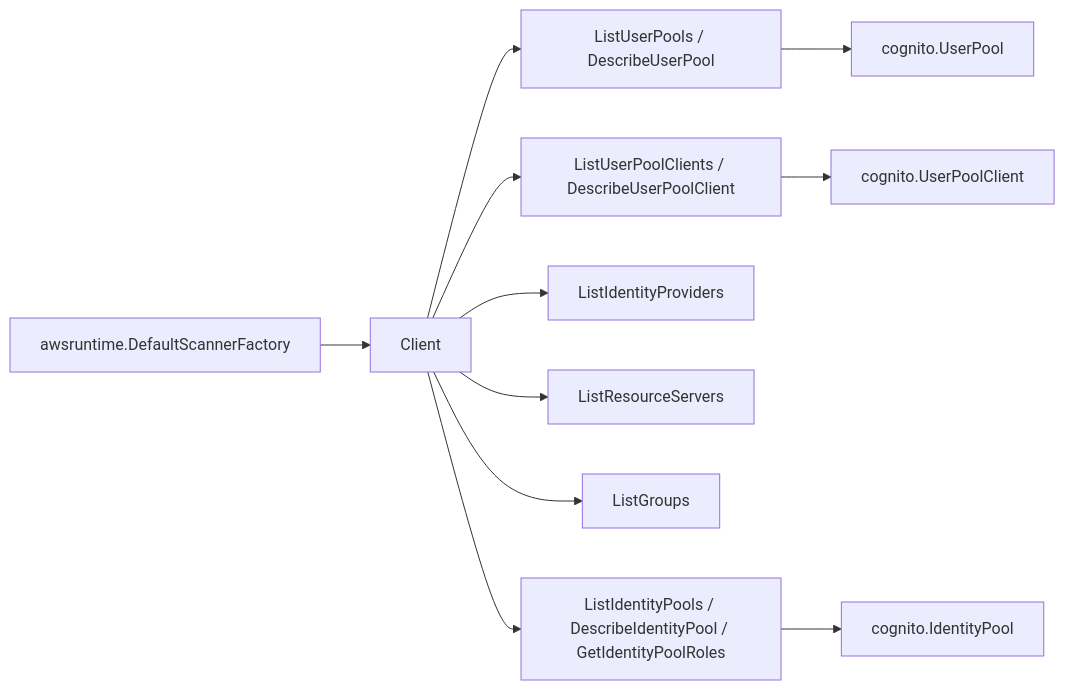
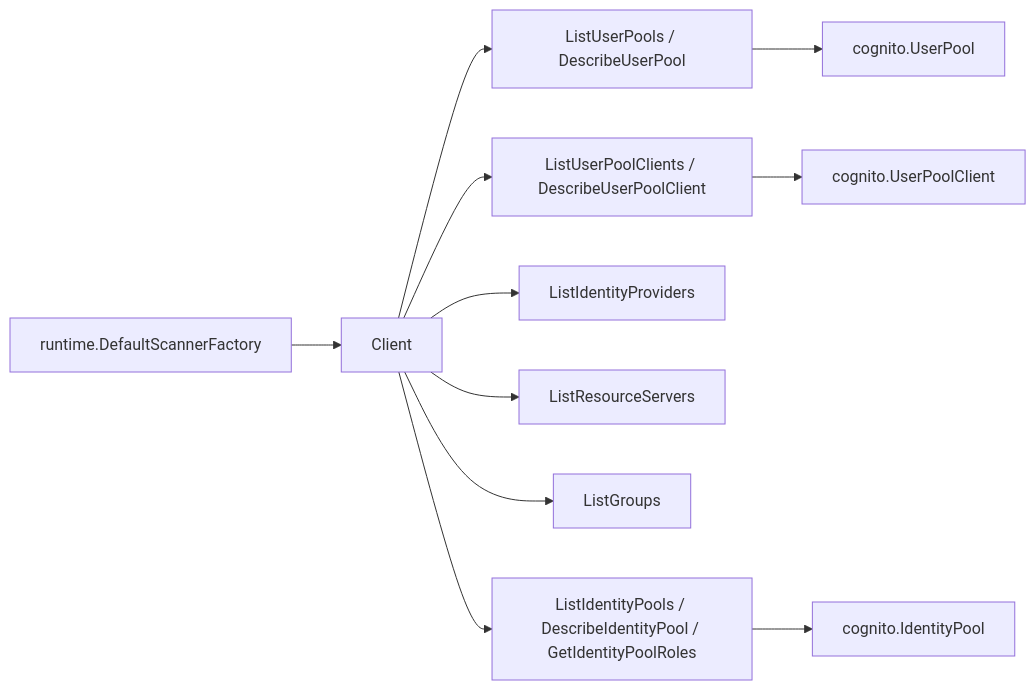
The diagram in go/internal/collector/cloud/aws/service/cognito/sdk/README.md (eshu-hq/eshu), drawn with Mermaid before and after one commit. The commit also changed other lines of this file and 2862 other files, not shown here.

````diff
--- a/go/internal/collector/cloud/aws/service/cognito/sdk/README.md
+++ b/go/internal/collector/cloud/aws/service/cognito/sdk/README.md
@@ -17,13 +17,13 @@
 ```mermaid
 flowchart LR
-  A["awsruntime.DefaultScannerFactory"] --> B["Client"]
+  A["runtime.DefaultScannerFactory"] --> B["Client"]
   B --> C["ListUserPools / DescribeUserPool"]
   B --> D["ListUserPoolClients / DescribeUserPoolClient"]
   B --> E["ListIdentityProviders"]
   B --> F["ListResourceServers"]
   B --> G["ListGroups"]
   B --> H["ListIdentityPools / DescribeIdentityPool / GetIdentityPoolRoles"]
   C --> I["cognito.UserPool"]
   D --> J["cognito.UserPoolClient"]
   H --> K["cognito.IdentityPool"]
 ```
````
